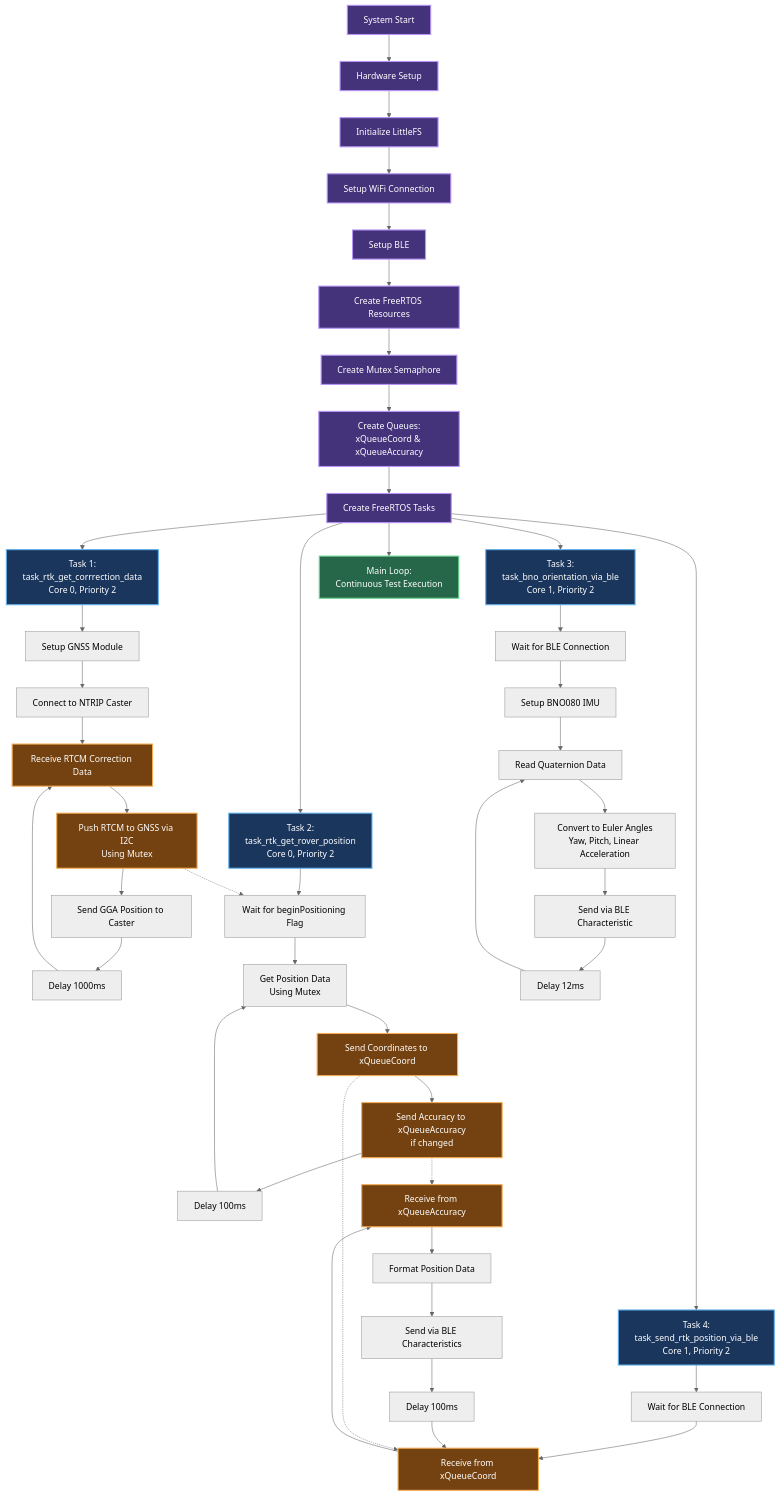
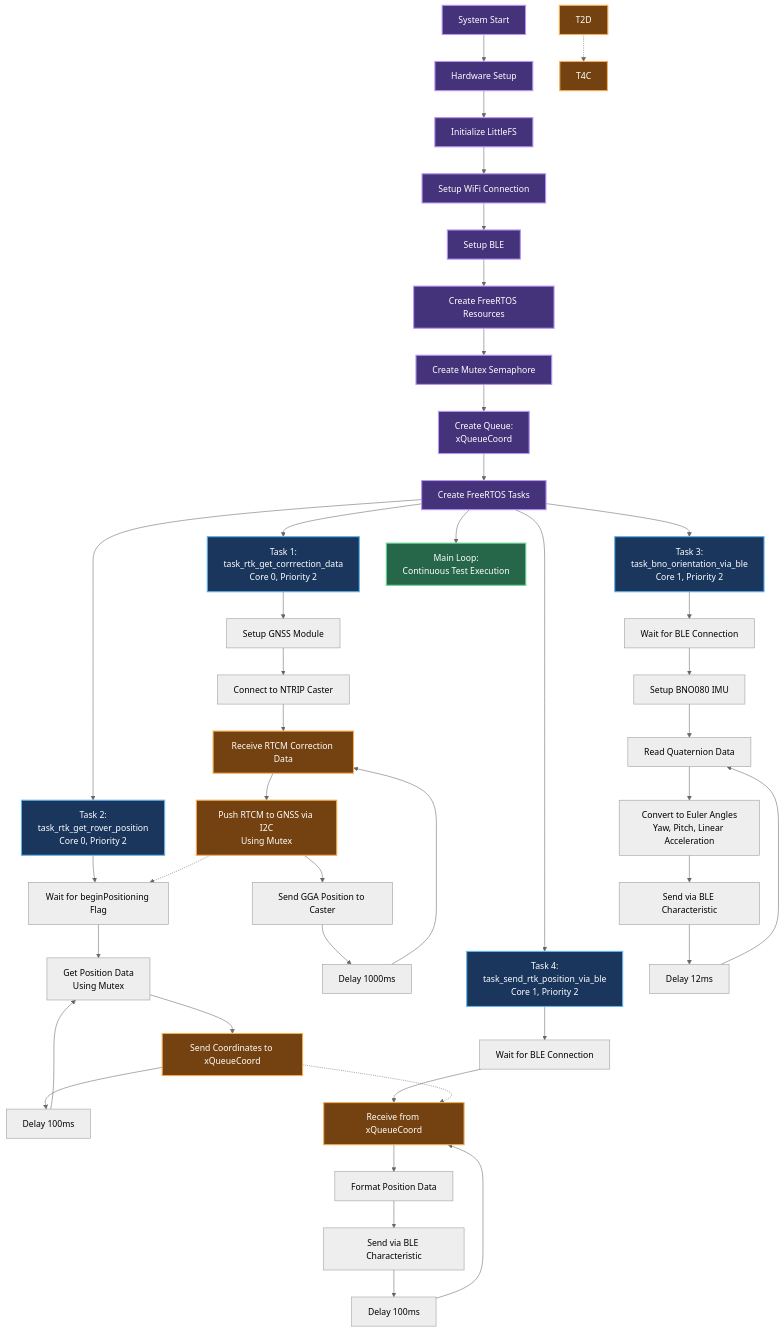
The diagram in DOCUMENTATION.md (cspindler/RTKRover), drawn with Mermaid (neutral theme) before and after one commit. The commit also changed other lines of this file and 3 other files, not shown here.

Commit message:
Drop accuracy BLE characteristic, it's redundant with telemetry data.

````diff
--- a/DOCUMENTATION.md
+++ b/DOCUMENTATION.md
@@ -36,71 +35,69 @@
 ```mermaid
 
 flowchart TD
     A[System Start] --> B[Hardware Setup]
     B --> C[Initialize LittleFS]
     C --> D[Setup WiFi Connection]
     D --> E[Setup BLE]
     E --> F[Create FreeRTOS Resources]
 
     F --> G[Create Mutex Semaphore]
-    G --> H[Create Queues:<br/>xQueueCoord & xQueueAccuracy]
+    G --> H[Create Queue:<br/>xQueueCoord]
 
     H --> I[Create FreeRTOS Tasks]
     I --> T1[Task 1:<br/>task_rtk_get_corrrection_data<br/>Core 0, Priority 2]
     I --> T2[Task 2:<br/>task_rtk_get_rover_position<br/>Core 0, Priority 2]
     I --> T3[Task 3:<br/>task_bno_orientation_via_ble<br/>Core 1, Priority 2]
     I --> T4[Task 4:<br/>task_send_rtk_position_via_ble<br/>Core 1, Priority 2]
 
     I --> L[Main Loop:<br/>Continuous Test Execution]
 
     %% Task 1 Details
     T1 --> T1A[Setup GNSS Module]
     T1A --> T1B[Connect to NTRIP Caster]
     T1B --> T1C[Receive RTCM Correction Data]
     T1C --> T1D[Push RTCM to GNSS via I2C<br/>Using Mutex]
     T1D --> T1E[Send GGA Position to Caster]
     T1E --> T1F[Delay 1000ms]
     T1F --> T1C
 
     %% Task 2 Details
     T2 --> T2A[Wait for beginPositioning Flag]
     T2A --> T2B[Get Position Data<br/>Using Mutex]
     T2B --> T2C[Send Coordinates to xQueueCoord]
-    T2C --> T2D[Send Accuracy to xQueueAccuracy<br/>if changed]
-    T2D --> T2E[Delay 100ms]
+    T2C --> T2E[Delay 100ms]
     T2E --> T2B
 
     %% Task 3 Details
     T3 --> T3A[Wait for BLE Connection]
     T3A --> T3B[Setup BNO080 IMU]
     T3B --> T3C[Read Quaternion Data]
     T3C --> T3D[Convert to Euler Angles<br/>Yaw, Pitch, Linear Acceleration]
     T3D --> T3E[Send via BLE Characteristic]
     T3E --> T3F[Delay 12ms]
     T3F --> T3C
 
     %% Task 4 Details
     T4 --> T4A[Wait for BLE Connection]
     T4A --> T4B[Receive from xQueueCoord]
-    T4B --> T4C[Receive from xQueueAccuracy]
-    T4C --> T4D[Format Position Data]
-    T4D --> T4E[Send via BLE Characteristics]
+    T4B --> T4D[Format Position Data]
+    T4D --> T4E[Send via BLE Characteristic]
     T4E --> T4F[Delay 100ms]
     T4F --> T4B
 
     %% Data Flow
     T1D -.-> T2A
     T2C -.-> T4B
     T2D -.-> T4C
 
     %% Styling
     classDef taskClass fill:#1a365d,stroke:#63b3ed,stroke-width:2px,color:#ffffff
     classDef setupClass fill:#44337a,stroke:#b794f6,stroke-width:2px,color:#ffffff
     classDef loopClass fill:#276749,stroke:#68d391,stroke-width:2px,color:#ffffff
     classDef dataClass fill:#744210,stroke:#f6ad55,stroke-width:2px,color:#ffffff
 
     class T1,T2,T3,T4 taskClass
     class A,B,C,D,E,F,G,H,I setupClass
     class L loopClass
     class T1C,T1D,T2C,T2D,T4B,T4C dataClass
 ```
````
